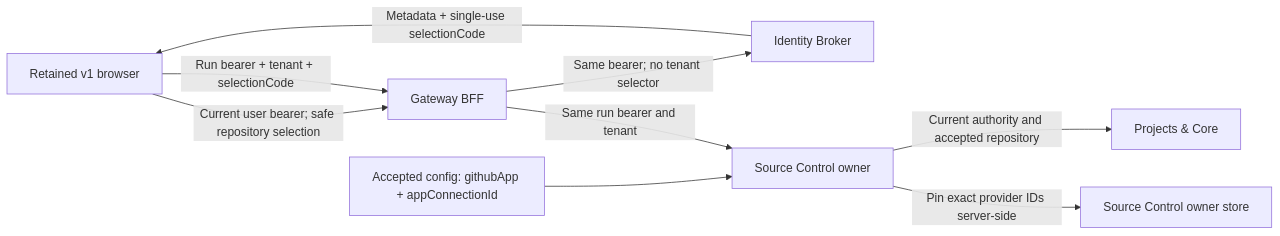
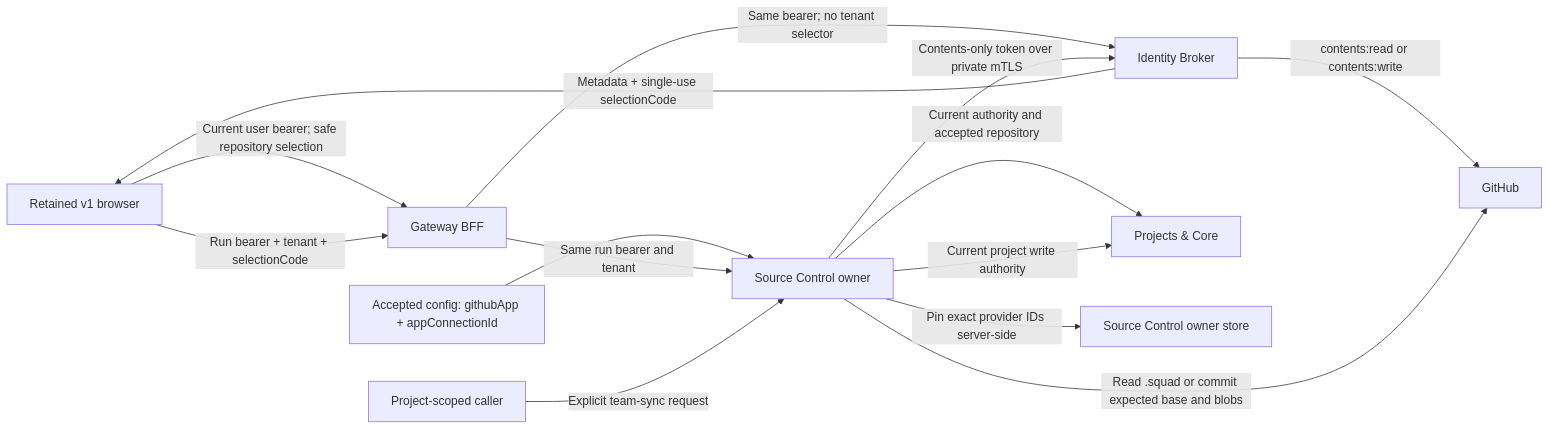
The sixth of 6 diagrams in docs/architecture/design/provider-seams.md (sabbour/agentweaver), drawn with Mermaid before and after one commit. The commit also changed other lines of this file and 23 other files, not shown here.

Commit message:
feat: add project-scoped squad repository sync

````diff
--- a/docs/architecture/design/provider-seams.md
+++ b/docs/architecture/design/provider-seams.md
@@ -1230,18 +1233,24 @@
 ```mermaid
 flowchart LR
     Browser["Retained v1 browser"]
     Gateway["Gateway BFF"]
     Identity["Identity Broker"]
     Config["Accepted config: githubApp + appConnectionId"]
     Source["Source Control owner"]
     Core["Projects & Core"]
     Store["Source Control owner store"]
+    ProjectUser["Project-scoped caller"]
     Browser -->|"Current user bearer; safe repository selection"| Gateway
     Gateway -->|"Same bearer; no tenant selector"| Identity
     Identity -->|"Metadata + single-use selectionCode"| Browser
     Config --> Source
     Browser -->|"Run bearer + tenant + selectionCode"| Gateway
     Gateway -->|"Same run bearer and tenant"| Source
     Source -->|"Current authority and accepted repository"| Core
     Source -->|"Pin exact provider IDs server-side"| Store
+    ProjectUser -->|"Explicit team-sync request"| Source
+    Source -->|"Current project write authority"| Core
+    Source -->|"Contents-only token over private mTLS"| Identity
+    Identity -->|"contents:read or contents:write"| GitHub
+    Source -->|"Read .squad or commit expected base and blobs"| GitHub
 ```
````
